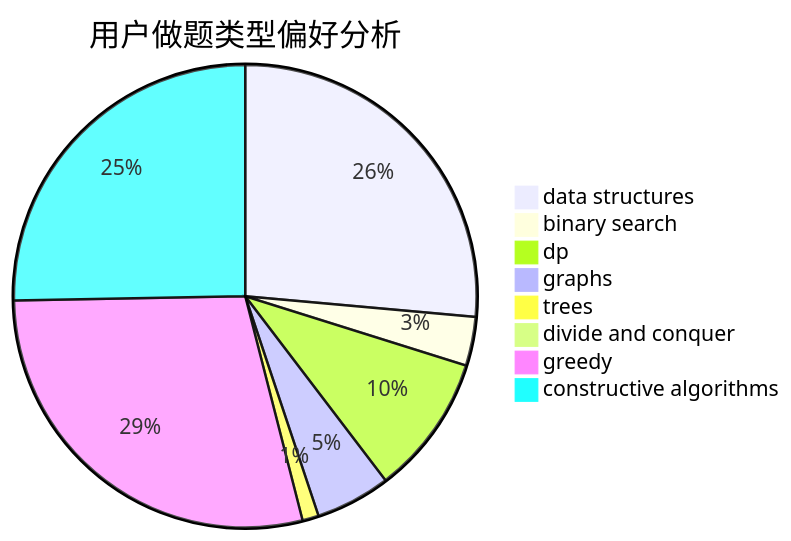
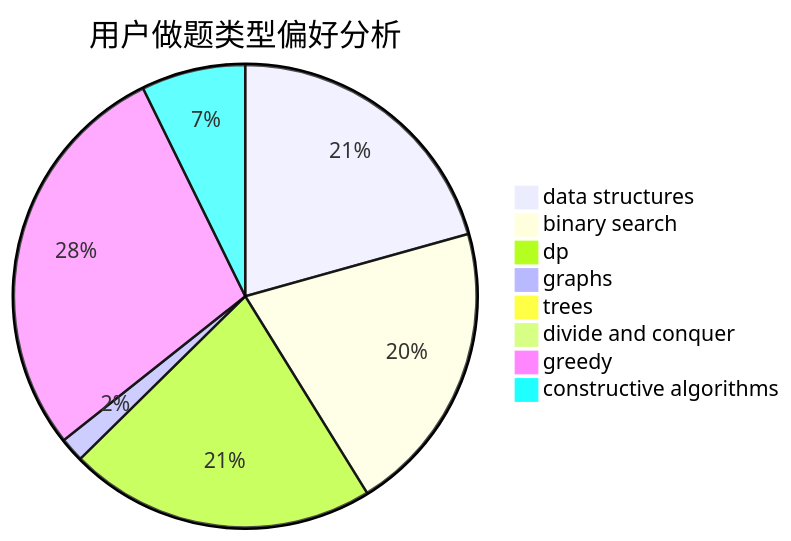
Before and after one commit to sherpahu/cfrs.github.io: the second of 3 diagrams in docs/user/u2256.md, drawn with Mermaid. The commit also changed other lines of this file and 2770 other files, not shown here.

````diff
--- a/docs/user/u2256.md
+++ b/docs/user/u2256.md
@@ -23,11 +23,11 @@
 ```mermaid
 pie title 用户做题类型偏好分析
-    "data structures" :  116
-    "binary search" :  15
-    "dp" :  43
-    "graphs" :  23
-    "trees" :  5
+    "data structures" :  398
+    "binary search" :  395
+    "dp" :  413
+    "graphs" :  33
+    "trees" :  2
     "divide and conquer" :  0
-    "greedy" :  126
-    "constructive algorithms" :  111
+    "greedy" :  547
+    "constructive algorithms" :  140
 ```
````
